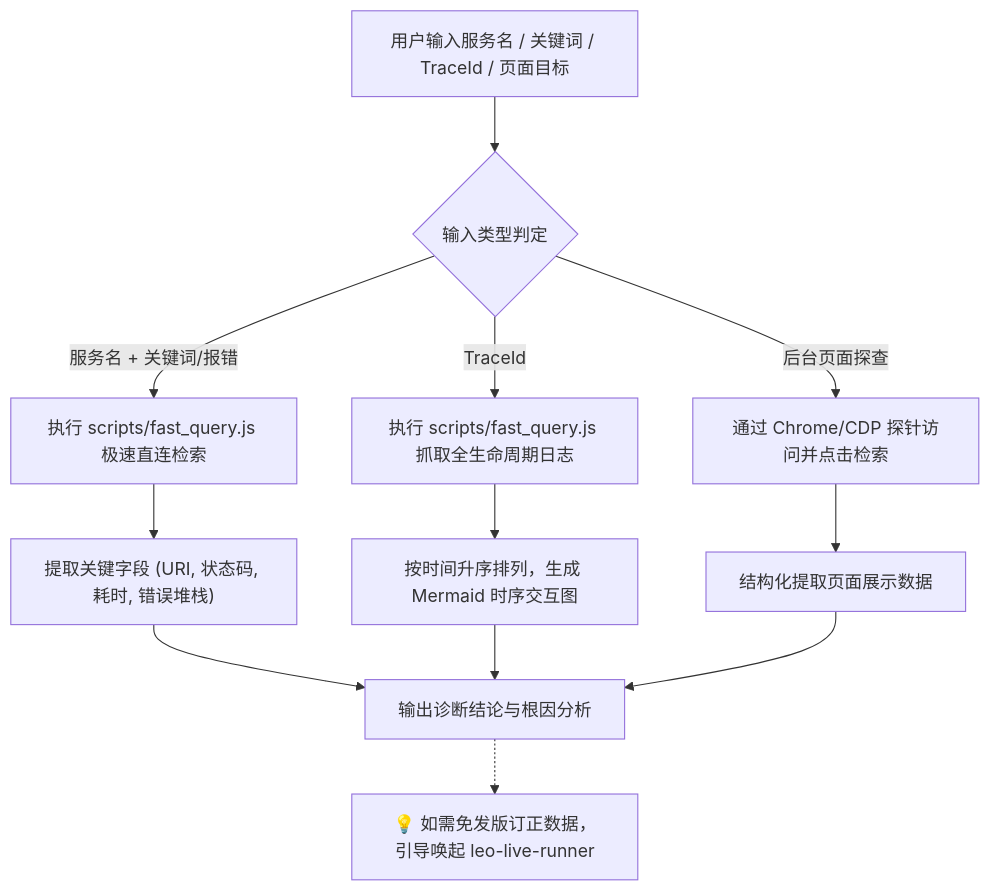
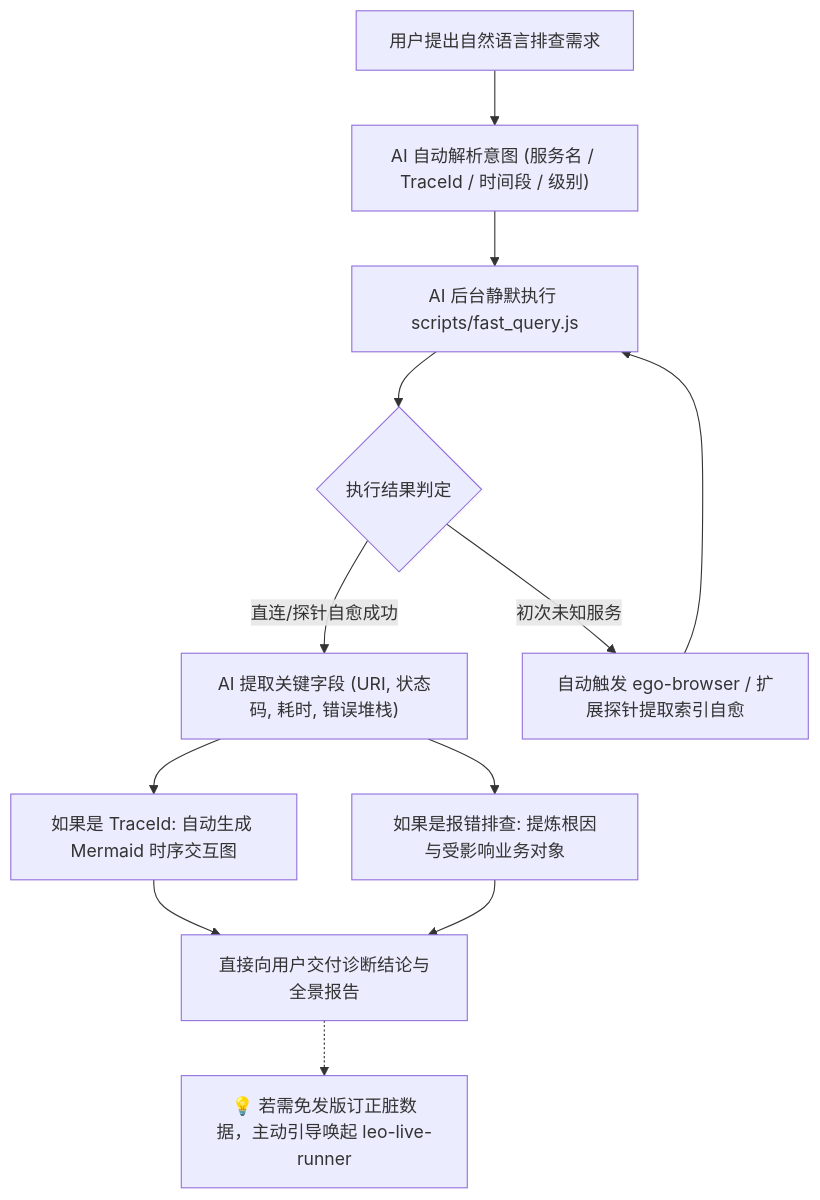
The diagram in lib/skills/leo-live-inspector/SKILL.md (zlpawn/shrimp), drawn with Mermaid before and after one commit. The commit also changed other lines of this file and 3 other files, not shown here.

Commit message:
feat(leo-live-inspector): upgrade parameter system, ES query engine, and AI-first intent mapping

````diff
--- a/lib/skills/leo-live-inspector/SKILL.md
+++ b/lib/skills/leo-live-inspector/SKILL.md
@@ -32,14 +34,13 @@
 ```mermaid
 flowchart TD
-    A["用户输入服务名 / 关键词 / TraceId / 页面目标"] --> B{"输入类型判定"}
-    B -->|"服务名 + 关键词/报错"| C["执行 scripts/fast_query.js 极速直连检索"]
-    B -->|"TraceId"| D["执行 scripts/fast_query.js 抓取全生命周期日志"]
-    B -->|"后台页面探查"| E["通过 Chrome/CDP 探针访问并点击检索"]
-
-    C --> F["提取关键字段 (URI, 状态码, 耗时, 错误堆栈)"]
-    D --> G["按时间升序排列，生成 Mermaid 时序交互图"]
-    E --> H["结构化提取页面展示数据"]
-
-    F & G & H --> I["输出诊断结论与根因分析"]
-    I -.-> J["💡 如需免发版订正数据，引导唤起 leo-live-runner"]
+    A["用户提出自然语言排查需求"] --> B["AI 自动解析意图 (服务名 / TraceId / 时间段 / 级别)"]
+    B --> C["AI 后台静默执行 scripts/fast_query.js"]
+    C --> D{"执行结果判定"}
+    D -->|"直连/探针自愈成功"| E["AI 提取关键字段 (URI, 状态码, 耗时, 错误堆栈)"]
+    D -->|"初次未知服务"| F["自动触发 ego-browser / 扩展探针提取索引自愈"]
+    F --> C
+    E --> G["如果是 TraceId: 自动生成 Mermaid 时序交互图"]
+    E --> H["如果是报错排查: 提炼根因与受影响业务对象"]
+    G & H --> I["直接向用户交付诊断结论与全景报告"]
+    I -.-> J["💡 若需免发版订正脏数据，主动引导唤起 leo-live-runner"]
 ```
````
